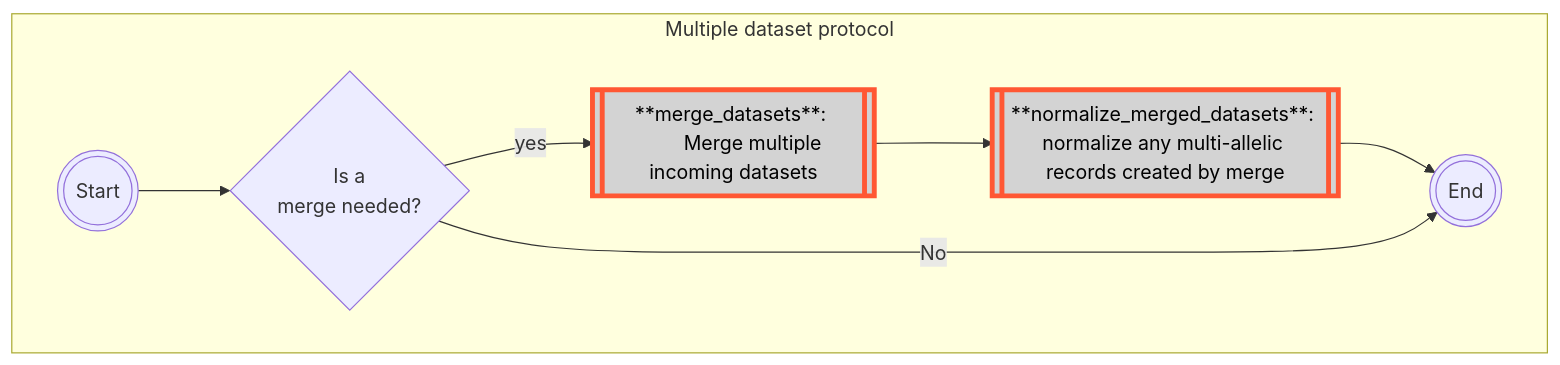
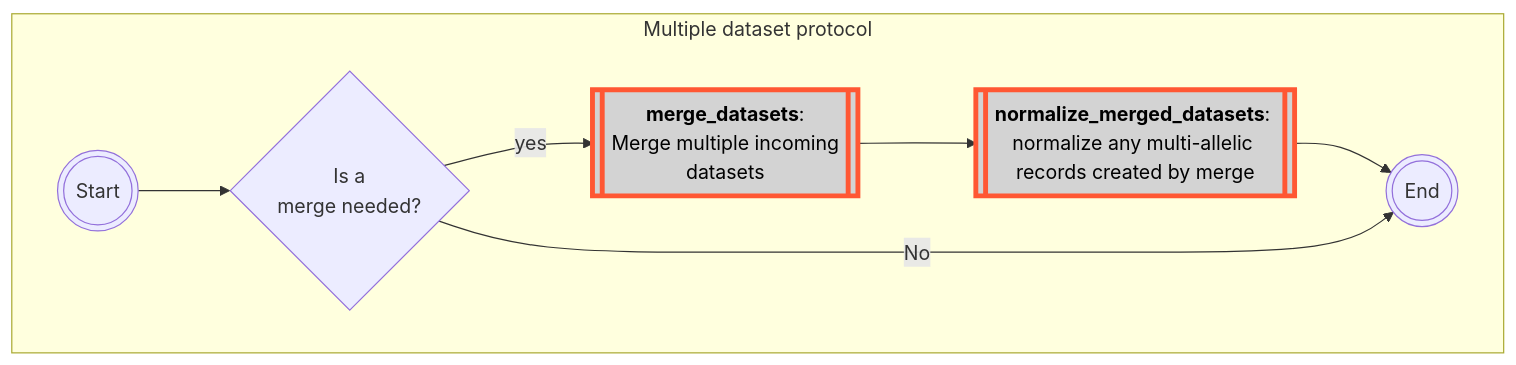
Before and after one commit to Tuks-ICMM/Pharmacogenetic-Analysis-Pipeline: the third of 30 diagrams in docs/02-workflow/02-methodology.md, drawn with Mermaid. The commit also changed other lines of this file, not shown here.

````diff
--- a/docs/02-workflow/02-methodology.md
+++ b/docs/02-workflow/02-methodology.md
@@ -475,21 +236,20 @@
   ```mermaid
   flowchart TD
     subgraph multipleVcfProtocol [Multiple dataset protocol]
-      direction LR
-      
-        classDef bcftools stroke:#FF5733,fill:#D3D3D3,stroke-width:4px,color:black;
-        multipleVcfProtocolStart(((Start)))
-        ifMergeRequired{Is a 
-merge needed?}
-        merge_datasets[[**merge_datasets**: 
-        Merge multiple incoming datasets]]
+            direction LR
+            multipleVcfProtocolStart(((Start)))
+            ifMergeRequired{Is a <br>merge needed?}
+            merge_datasets[[<b>merge_datasets</b>: <br>Merge multiple incoming <br>datasets]]
 
-        normalize_merged_datasets[[**normalize_merged_datasets**: normalize any multi-allelic records created by merge]]
-        multipleVcfProtocolEnd(((End)))
+            normalize_merged_datasets[[<b>normalize_merged_datasets</b>: <br>normalize any multi-allelic <br>records created by merge]]
+            multipleVcfProtocolEnd(((End)))
 
-        class merge_datasets,normalize_merged_datasets bcftools;
-        multipleVcfProtocolStart --> ifMergeRequired
-        ifMergeRequired --> |yes| merge_datasets --> normalize_merged_datasets --> multipleVcfProtocolEnd
-        ifMergeRequired --> |No| multipleVcfProtocolEnd
-    end
+            class merge_datasets,normalize_merged_datasets bcftools;
+            multipleVcfProtocolStart --> ifMergeRequired
+            ifMergeRequired --> |yes| merge_datasets --> normalize_merged_datasets --> multipleVcfProtocolEnd
+            ifMergeRequired --> |No| multipleVcfProtocolEnd
+
+            classDef bcftools stroke:#FF5733,fill:#D3D3D3,stroke-width:4px, color:black;
+            class merge_datasets,normalize_merged_datasets bcftools;
+        end
   ```
````
